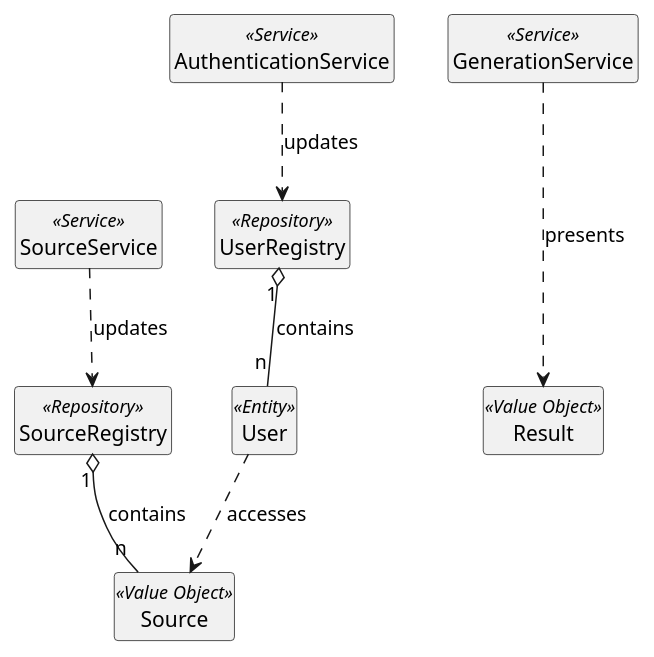
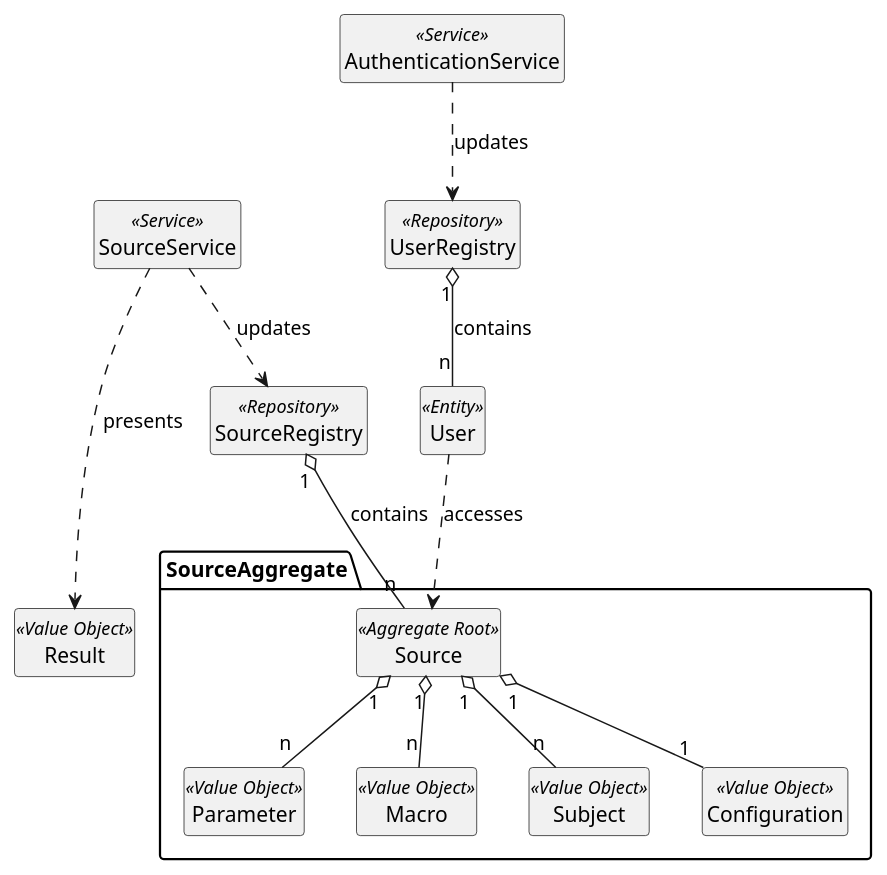
One commit to mini-roostico/subjekt-doc changed the second of 8 diagrams in Writerside/topics/Domain-Driven-Design.md. Above: the diagram before and after it, drawn with PlantUML. The commit also changed other lines of this file and 1 other file, not shown here.

Commit message:
feat: added class diagrams in Domain-Driven-Design.md

````diff
--- a/Writerside/topics/Domain-Driven-Design.md
+++ b/Writerside/topics/Domain-Driven-Design.md
@@ -139,37 +143,46 @@
 ```plantuml
 @startuml
 hide empty members
 hide <<Entity>> circle
 hide <<Value Object>> circle
 hide <<Factory>> circle
 hide <<Service>> circle
 hide <<Domain Event>> circle
 hide <<Aggregate Root>> circle
 hide <<Repository>> circle
 
 class User <<Entity>>
-class sourceApi as "Source" <<Value Object>>
 
+package SourceAggregate {
+    class Source <<Aggregate Root>>
+    class Parameter <<Value Object>>
+    class Macro <<Value Object>>
+    class Subject <<Value Object>>
+    class Configuration <<Value Object>>
+    
+    Source "1" o-- "n" Parameter
+    Source "1" o-- "n" Macro
+    Source "1" o-- "n" Subject
+    Source "1" o-- "1" Configuration
+}
 class resultApi as "Result" <<Value Object>>
 class UserRegistry <<Repository>>
 
 UserRegistry "1" o-- "n" User : "contains"
 
 class SourceRegistry <<Repository>>
 
-SourceRegistry "1" o-- "n" sourceApi : "contains"
+SourceRegistry "1" o-- "n" Source : "contains"
 
 class AuthenticationService <<Service>>
 
 AuthenticationService ..> UserRegistry : "updates"
 
 class SourceService <<Service>>
 SourceService ..> SourceRegistry : "updates"
-
-class GenerationService <<Service>>
-GenerationService ...> resultApi: "presents"
+SourceService ...> resultApi: "presents"
 
 
-User ..> sourceApi : "accesses"
+User ..> Source : "accesses"
 @enduml
 ```
````
